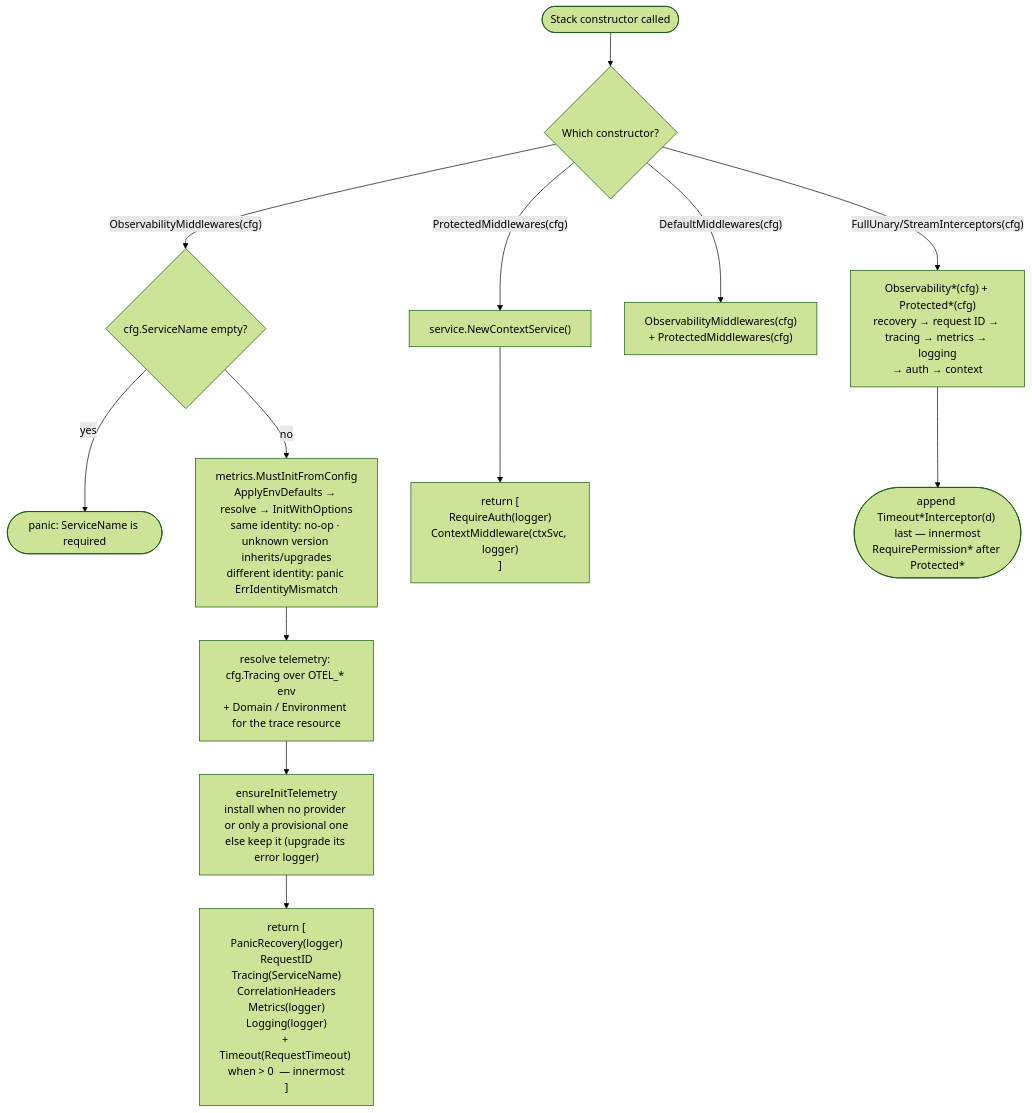
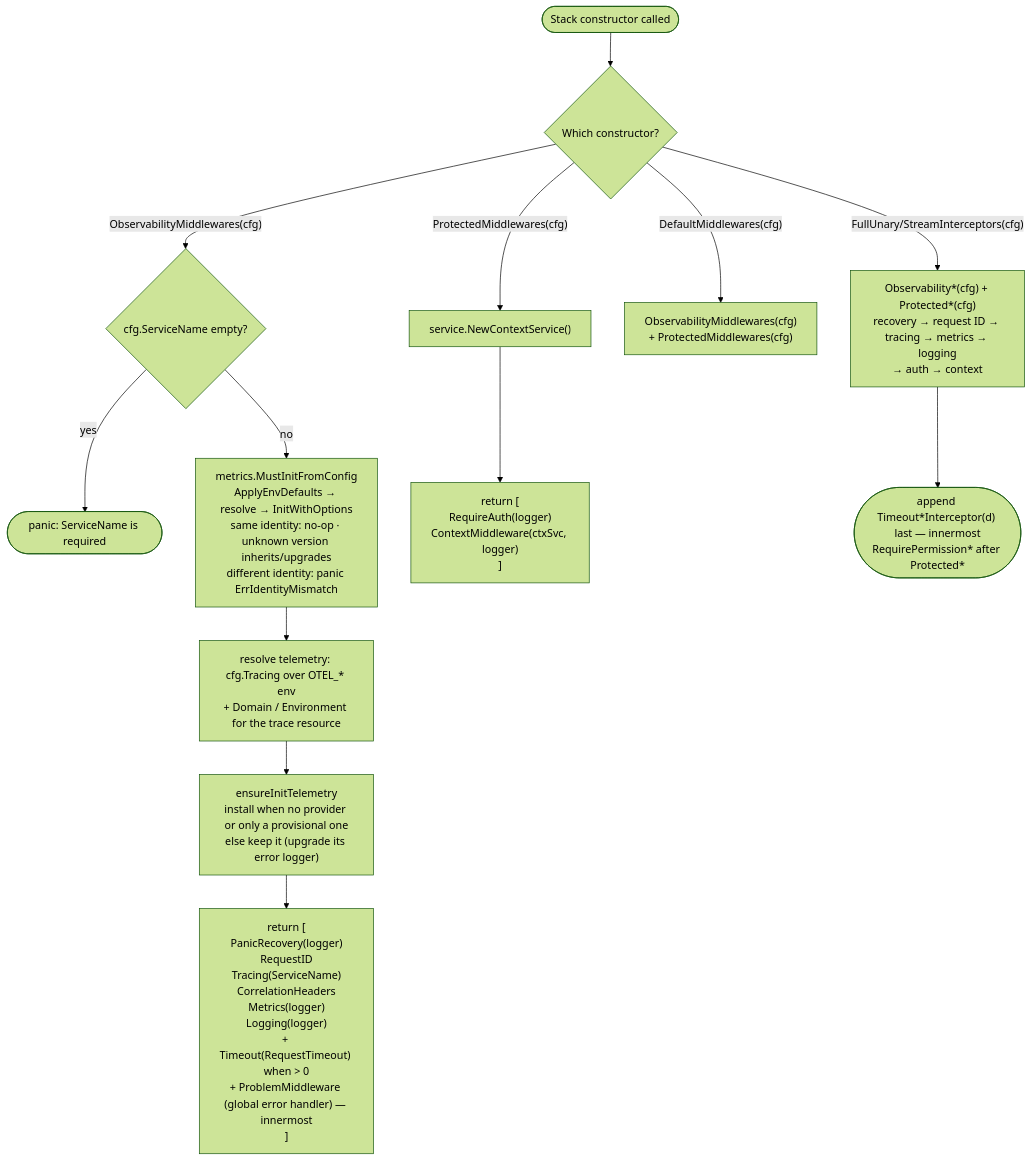
The diagram in docs/architecture/mermaid/middleware-stack-composition.mmd (BCBP-SOLUTIONS-FZC-LLC/platform-gincommon), drawn with Mermaid (forest theme) before and after one commit. The commit also changed 18 other files, not shown here.

```diff
--- a/docs/architecture/mermaid/middleware-stack-composition.mmd
+++ b/docs/architecture/mermaid/middleware-stack-composition.mmd
@@ -1,17 +1,17 @@
 flowchart TD
     A(["Stack constructor called"]) --> B{"Which constructor?"}
 
     B -- "ObservabilityMiddlewares(cfg)" --> C{"cfg.ServiceName empty?"}
     C -- yes --> CP(["panic: ServiceName is required"])
     C -- no --> D["metrics.MustInitFromConfig<br/>ApplyEnvDefaults → resolve → InitWithOptions<br/>same identity: no-op · unknown version inherits/upgrades<br/>different identity: panic ErrIdentityMismatch"]
     D --> E["resolve telemetry: cfg.Tracing over OTEL_* env<br/>+ Domain / Environment for the trace resource"]
     E --> F["ensureInitTelemetry<br/>install when no provider or only a provisional one<br/>else keep it (upgrade its error logger)"]
-    F --> G["return [<br/>PanicRecovery(logger)<br/>RequestID<br/>Tracing(ServiceName)<br/>CorrelationHeaders<br/>Metrics(logger)<br/>Logging(logger)<br/>+ Timeout(RequestTimeout) when > 0  — innermost<br/>]"]
+    F --> G["return [<br/>PanicRecovery(logger)<br/>RequestID<br/>Tracing(ServiceName)<br/>CorrelationHeaders<br/>Metrics(logger)<br/>Logging(logger)<br/>+ Timeout(RequestTimeout) when > 0<br/>+ ProblemMiddleware (global error handler) — innermost<br/>]"]
 
     B -- "ProtectedMiddlewares(cfg)" --> H["service.NewContextService()"]
     H --> I["return [<br/>RequireAuth(logger)<br/>ContextMiddleware(ctxSvc, logger)<br/>]"]
 
     B -- "DefaultMiddlewares(cfg)" --> J["ObservabilityMiddlewares(cfg)<br/>+ ProtectedMiddlewares(cfg)"]
 
     B -- "FullUnary/StreamInterceptors(cfg)" --> K["Observability*(cfg) + Protected*(cfg)<br/>recovery → request ID → tracing → metrics → logging<br/>→ auth → context"]
     K --> L(["append Timeout*Interceptor(d) last — innermost<br/>RequirePermission* after Protected*"])
```
